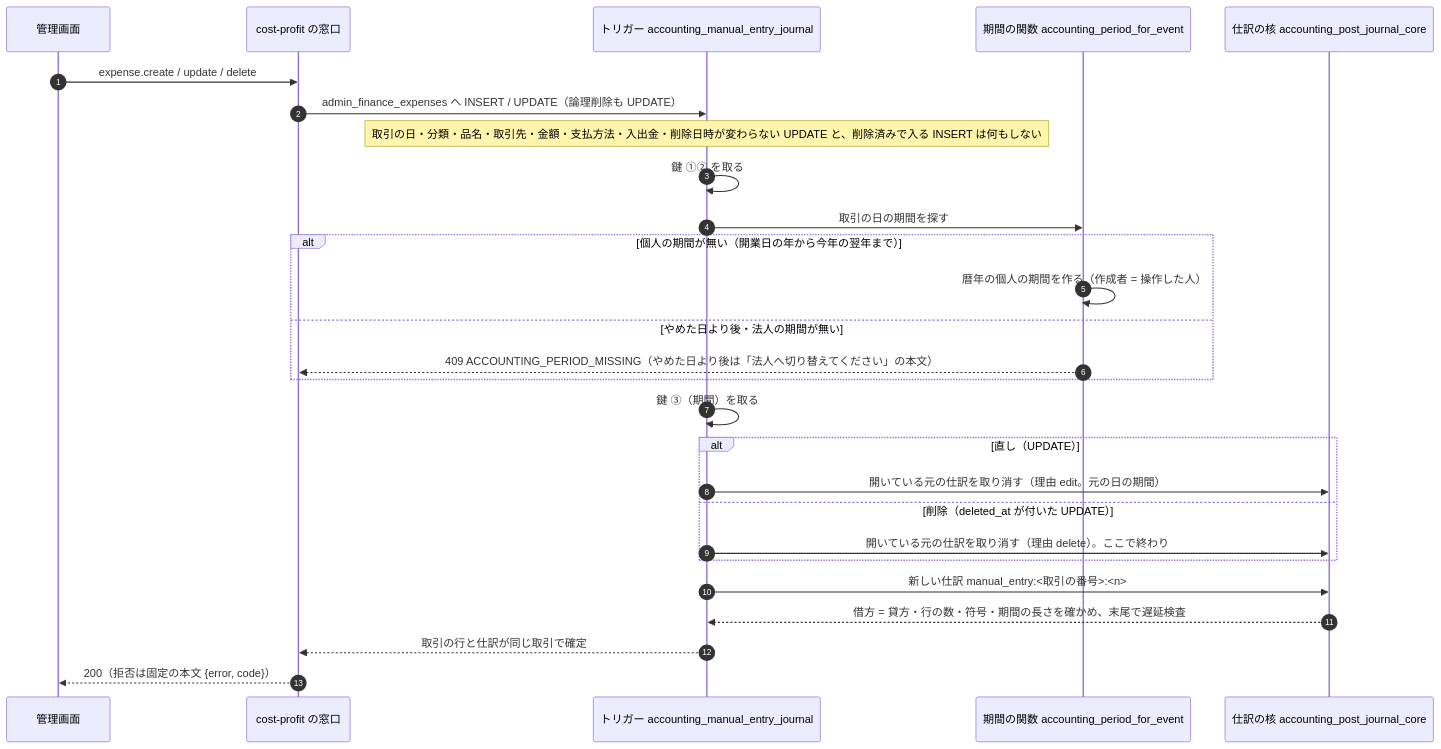
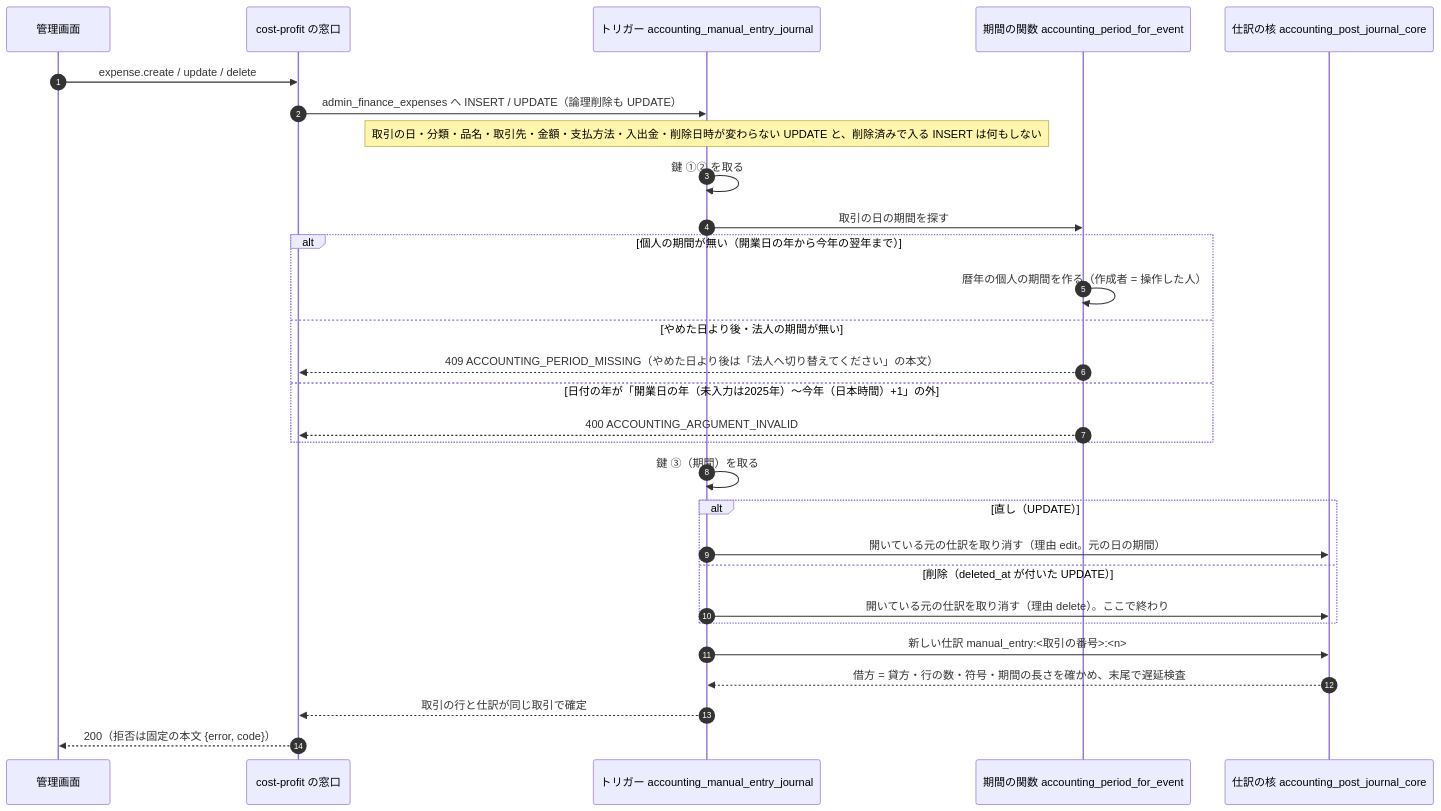
One commit to ChocoWork/o_official changed the first of 2 diagrams in docs/04_DetailDesign/sequence/accounting-journal.md. Above: the diagram before and after it, drawn with Mermaid. The commit also changed 3 other files, not shown here.

````diff
--- a/docs/04_DetailDesign/sequence/accounting-journal.md
+++ b/docs/04_DetailDesign/sequence/accounting-journal.md
@@ -29,29 +29,31 @@
 ```mermaid
 sequenceDiagram
   autonumber
   participant U as 管理画面
   participant R as cost-profit の窓口
   participant T as トリガー accounting_manual_entry_journal
   participant P as 期間の関数 accounting_period_for_event
   participant C as 仕訳の核 accounting_post_journal_core
   U->>R: expense.create / update / delete
   R->>T: admin_finance_expenses へ INSERT / UPDATE（論理削除も UPDATE）
   Note over T: 取引の日・分類・品名・取引先・金額・支払方法・入出金・削除日時が変わらない UPDATE と、削除済みで入る INSERT は何もしない
   T->>T: 鍵 ①② を取る
   T->>P: 取引の日の期間を探す
   alt 個人の期間が無い（開業日の年から今年の翌年まで）
     P->>P: 暦年の個人の期間を作る（作成者 = 操作した人）
   else やめた日より後・法人の期間が無い
     P-->>R: 409 ACCOUNTING_PERIOD_MISSING（やめた日より後は「法人へ切り替えてください」の本文）
+  else 日付の年が「開業日の年（未入力は2025年）〜今年（日本時間）+1」の外
+    P-->>R: 400 ACCOUNTING_ARGUMENT_INVALID
   end
   T->>T: 鍵 ③（期間）を取る
   alt 直し（UPDATE）
     T->>C: 開いている元の仕訳を取り消す（理由 edit。元の日の期間）
   else 削除（deleted_at が付いた UPDATE）
     T->>C: 開いている元の仕訳を取り消す（理由 delete）。ここで終わり
   end
   T->>C: 新しい仕訳 manual_entry:<取引の番号>:<n>
   C-->>T: 借方 = 貸方・行の数・符号・期間の長さを確かめ、末尾で遅延検査
   T-->>R: 取引の行と仕訳が同じ取引で確定
   R-->>U: 200（拒否は固定の本文 {error, code}）
 ```
````
